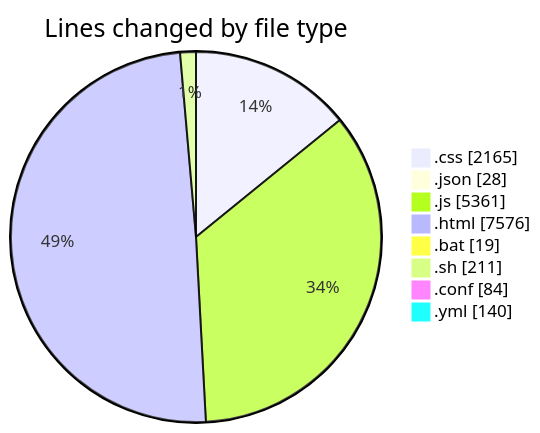
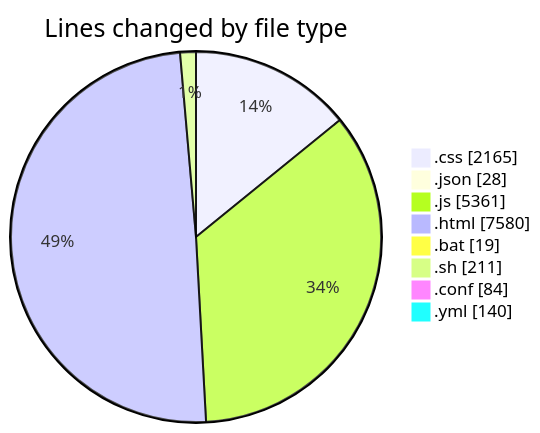
The first of 2 diagrams in 2026-02-18/bot_v1_2/README.md (becaeroporto-bot/code-tracking), drawn with Mermaid before and after one commit. The commit also changed other lines of this file and 1 other file, not shown here.

````diff
--- a/2026-02-18/bot_v1_2/README.md
+++ b/2026-02-18/bot_v1_2/README.md
@@ -44,12 +44,12 @@
 ```mermaid
 pie showData
 title Lines changed by file type
 ".css" : 2165
 ".json" : 28
 ".js" : 5361
-".html" : 7576
+".html" : 7580
 ".bat" : 19
 ".sh" : 211
 ".conf" : 84
 ".yml" : 140
 ```
````
